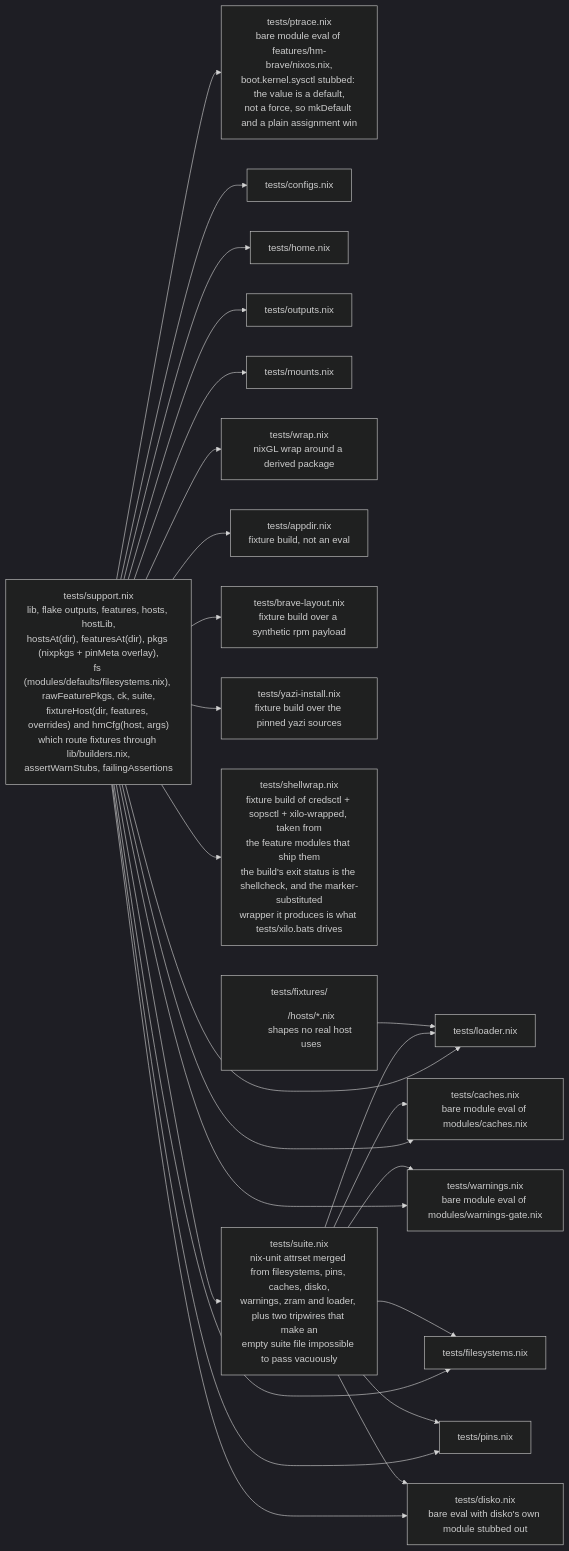
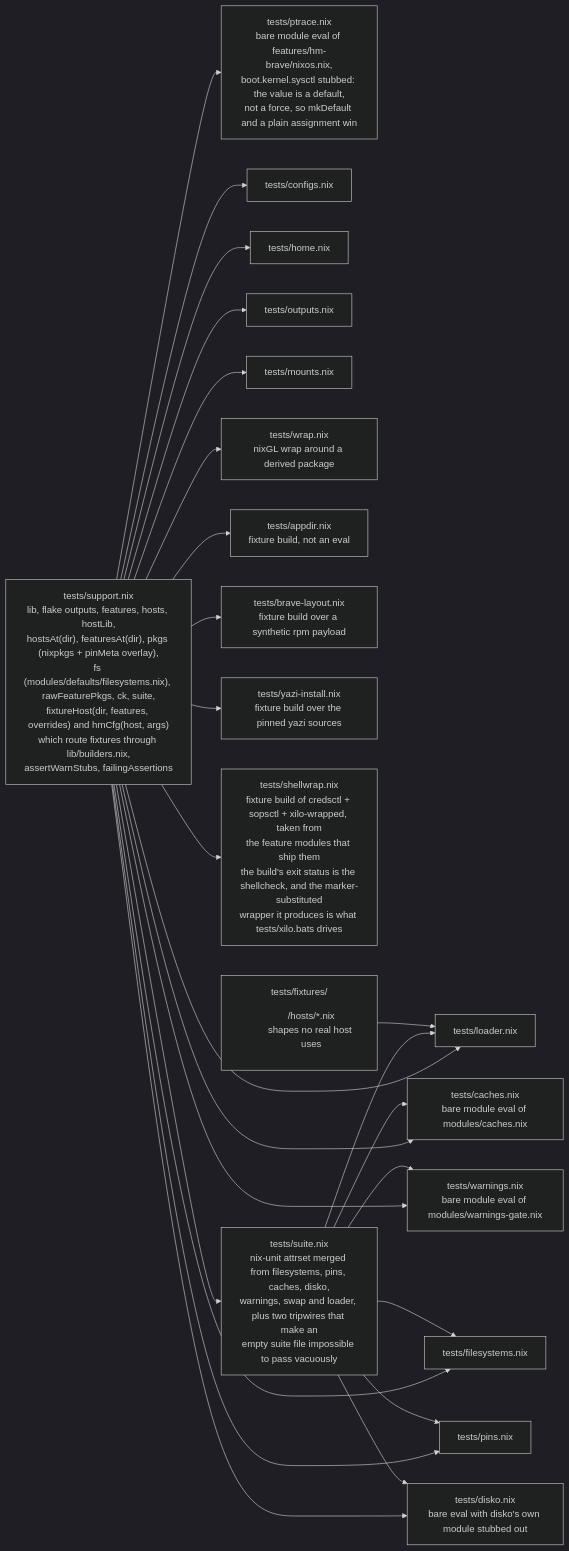
The second of 5 diagrams in TEST_DESIGN.md (WombatFromHell/automatic-palm-tree), drawn with Mermaid (dark theme) before and after one commit. The commit also changed other lines of this file and 14 other files, not shown here.

````diff
--- a/TEST_DESIGN.md
+++ b/TEST_DESIGN.md
@@ -174,27 +174,27 @@
 ```mermaid
 flowchart LR
   S["tests/support.nix<br/>lib, flake outputs, features, hosts, hostLib,<br/>hostsAt(dir), featuresAt(dir), pkgs (nixpkgs + pinMeta overlay),<br/>fs (modules/defaults/filesystems.nix), rawFeaturePkgs, ck, suite,<br/>fixtureHost(dir, features, overrides) and hmCfg(host, args)<br/>which route fixtures through lib/builders.nix,<br/>assertWarnStubs, failingAssertions"] --> L["tests/loader.nix"]
   S --> CA["tests/caches.nix<br/>bare module eval of modules/caches.nix"]
   S --> WA["tests/warnings.nix<br/>bare module eval of modules/warnings-gate.nix"]
   S --> PT["tests/ptrace.nix<br/>bare module eval of features/hm-brave/nixos.nix,<br/>boot.kernel.sysctl stubbed: the value is a default,<br/>not a force, so mkDefault and a plain assignment win"]
   S --> C["tests/configs.nix"]
   S --> H["tests/home.nix"]
   S --> O["tests/outputs.nix"]
   S --> F["tests/filesystems.nix"]
   S --> M["tests/mounts.nix"]
   S --> PI["tests/pins.nix"]
   S --> WR["tests/wrap.nix<br/>nixGL wrap around a derived package"]
   S --> AP["tests/appdir.nix<br/>fixture build, not an eval"]
   S --> BL["tests/brave-layout.nix<br/>fixture build over a synthetic rpm payload"]
   S --> YZ["tests/yazi-install.nix<br/>fixture build over the pinned yazi sources"]
   S --> SW["tests/shellwrap.nix<br/>fixture build of credsctl + sopsctl + xilo-wrapped, taken from<br/>the feature modules that ship them<br/>the build's exit status is the shellcheck, and the marker-substituted<br/>wrapper it produces is what tests/xilo.bats drives"]
   S --> DK["tests/disko.nix<br/>bare eval with disko's own module stubbed out"]
-  S --> SU["tests/suite.nix<br/>nix-unit attrset merged from filesystems, pins, caches, disko,<br/>warnings, zram and loader, plus two tripwires that make an<br/>empty suite file impossible to pass vacuously"]
+  S --> SU["tests/suite.nix<br/>nix-unit attrset merged from filesystems, pins, caches, disko,<br/>warnings, swap and loader, plus two tripwires that make an<br/>empty suite file impossible to pass vacuously"]
   SU --> L
   SU --> CA
   SU --> WA
   SU --> F
   SU --> PI
   SU --> DK
   FX["tests/fixtures/<dir>/hosts/*.nix<br/>shapes no real host uses"] --> L
 ```
````
